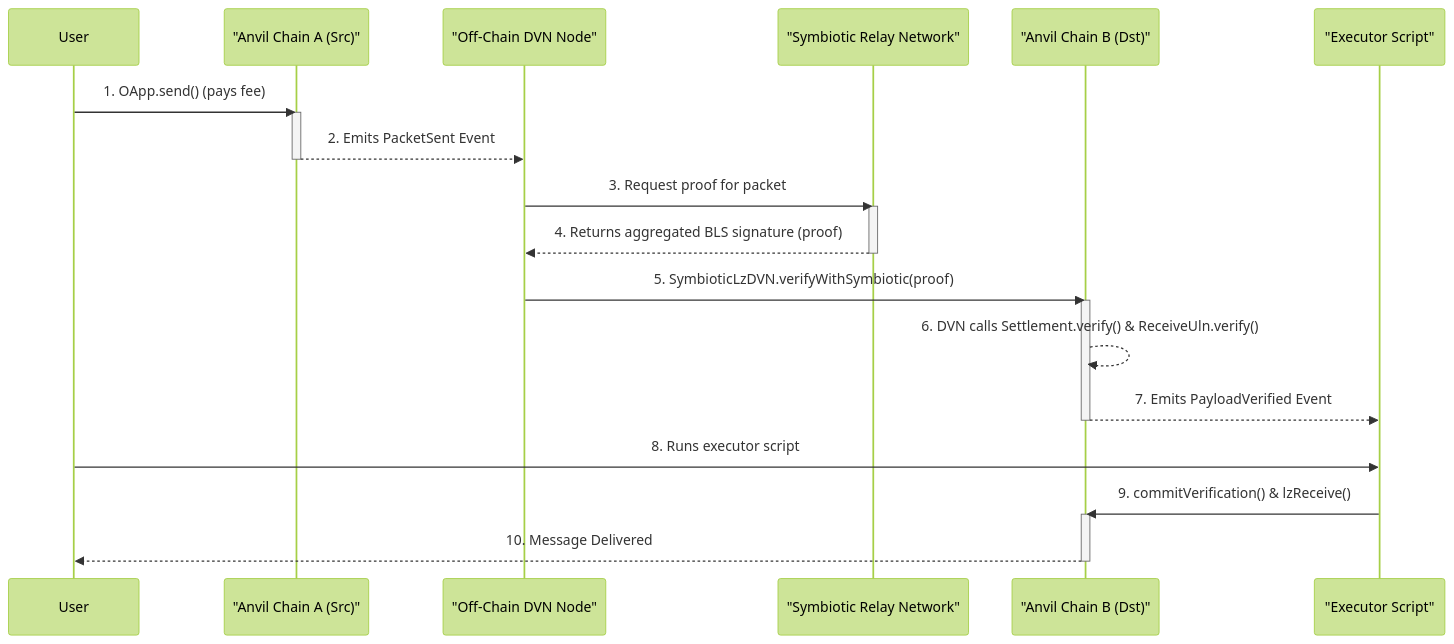
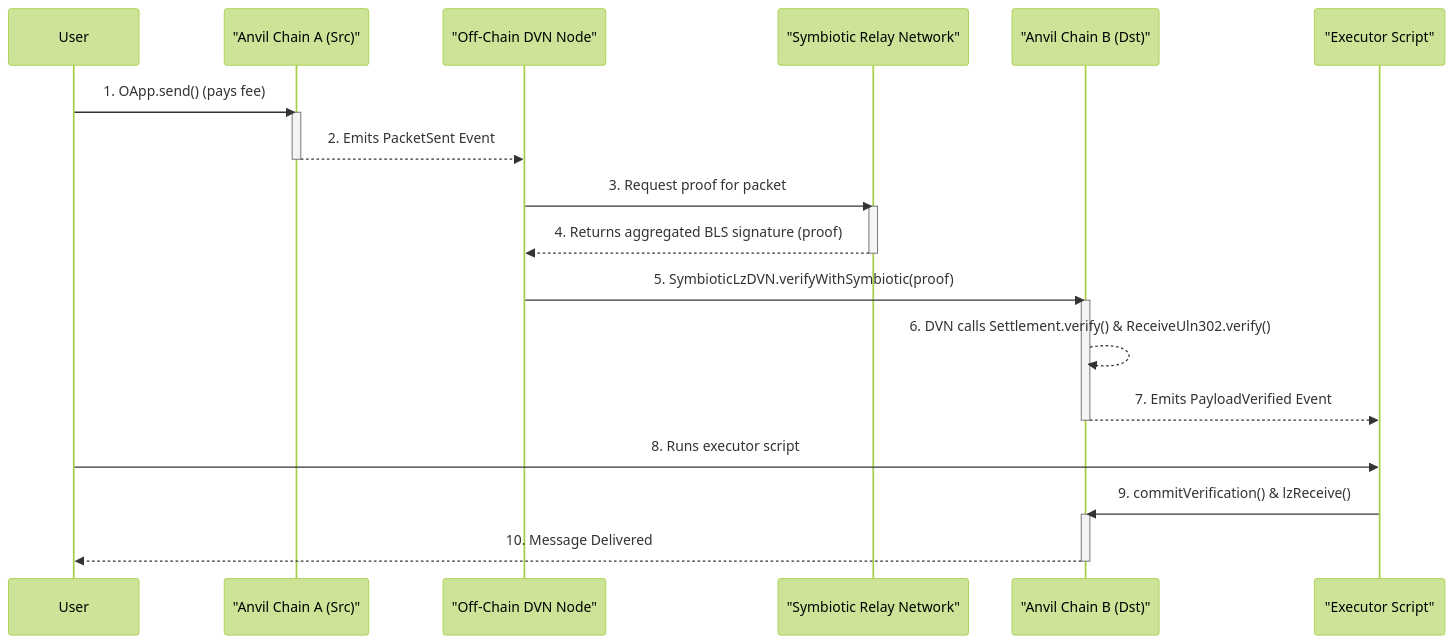
One commit to gaib-ai/symbiotic-super-sum changed the diagram in README.md. Above: the diagram before and after it, drawn with Mermaid (forest theme). The commit also changed other lines of this file and 5 other files, not shown here.

First line of the commit message:
refactor: replace custom ReceiveUlnSymbiotic with standard ReceiveUln302

````diff
--- a/README.md
+++ b/README.md
@@ -48,31 +46,31 @@
 ```mermaid
 sequenceDiagram
     participant User
     participant ChainA as "Anvil Chain A (Src)"
     participant dvn-node as "Off-Chain DVN Node"
     participant relay-network as "Symbiotic Relay Network"
     participant ChainB as "Anvil Chain B (Dst)"
     participant Executor as "Executor Script"
 
     User->>ChainA: 1. OApp.send() (pays fee)
     activate ChainA
     ChainA-->>dvn-node: 2. Emits PacketSent Event
     deactivate ChainA
 
     dvn-node->>relay-network: 3. Request proof for packet
     activate relay-network
     relay-network-->>dvn-node: 4. Returns aggregated BLS signature (proof)
     deactivate relay-network
     
     dvn-node->>ChainB: 5. SymbioticLzDVN.verifyWithSymbiotic(proof)
     activate ChainB
-    ChainB-->>ChainB: 6. DVN calls Settlement.verify() & ReceiveUln.verify()
+    ChainB-->>ChainB: 6. DVN calls Settlement.verify() & ReceiveUln302.verify()
     ChainB-->>Executor: 7. Emits PayloadVerified Event
     deactivate ChainB
 
     User->>Executor: 8. Runs executor script
     Executor->>ChainB: 9. commitVerification() & lzReceive()
     activate ChainB
     ChainB-->>User: 10. Message Delivered
     deactivate ChainB
 ```
````
